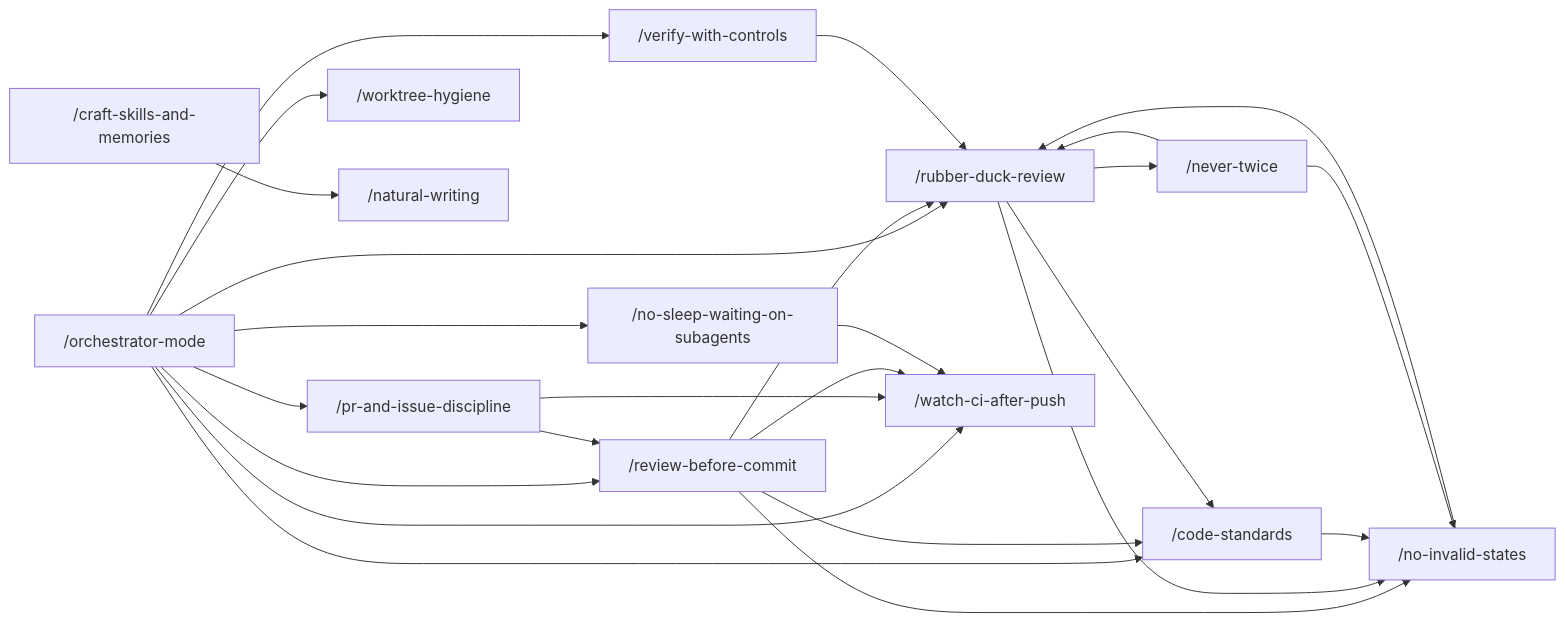
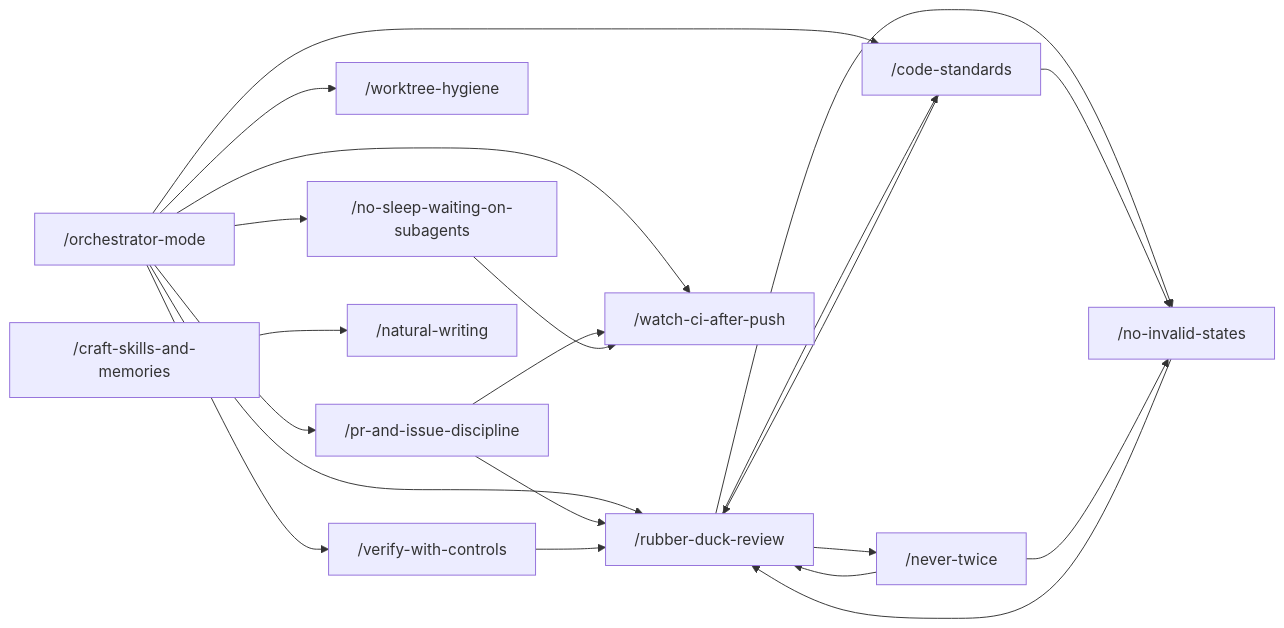
One commit to Vivswan/skills changed the diagram in README.md. Above: the diagram before and after it, drawn with Mermaid. The commit also changed other lines of this file and 13 other files, not shown here.

First line of the commit message:
fix: retire review-before-commit, converge the gate in rubber-duck-review (#71)

````diff
--- a/README.md
+++ b/README.md
@@ -38,27 +37,23 @@
 ```mermaid
 graph LR
   om["/orchestrator-mode"] --> rdr["/rubber-duck-review"]
-  om --> rbc["/review-before-commit"]
   om --> wca["/watch-ci-after-push"]
   om --> cs["/code-standards"]
   om --> pid["/pr-and-issue-discipline"]
   om --> wh["/worktree-hygiene"]
   pid --> wca
-  pid --> rbc
-  rbc --> rdr
-  rbc --> wca
-  rbc --> cs
-  rbc --> nis["/no-invalid-states"]
+  pid --> rdr
+  cs --> rdr
   rdr --> cs
-  rdr --> nis
+  rdr --> nis["/no-invalid-states"]
   rdr --> nt
   nis --> rdr
   cs --> nis
   nt["/never-twice"] --> rdr
   nt --> nis
   om --> vwc["/verify-with-controls"]
   vwc --> rdr
   om --> nsw["/no-sleep-waiting-on-subagents"]
   nsw --> wca
   csm["/craft-skills-and-memories"] --> nw["/natural-writing"]
 ```
````
